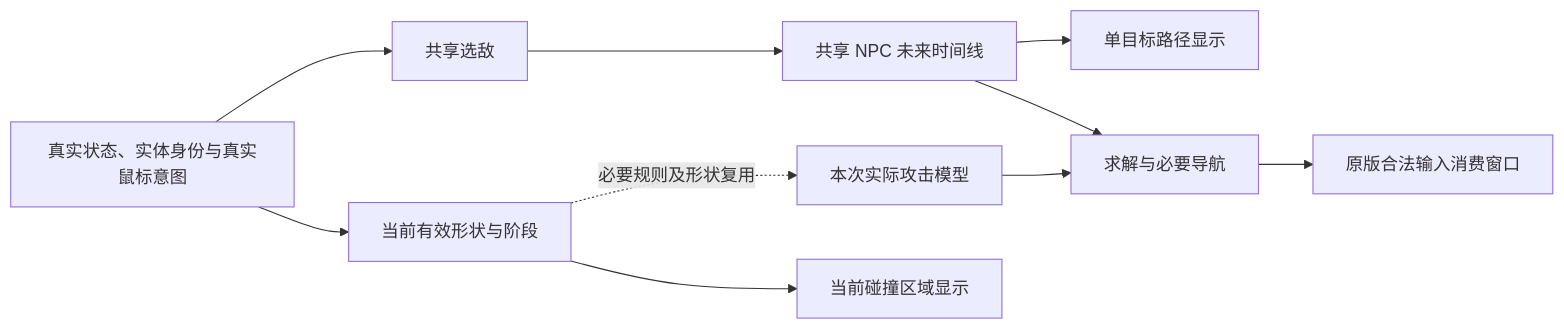
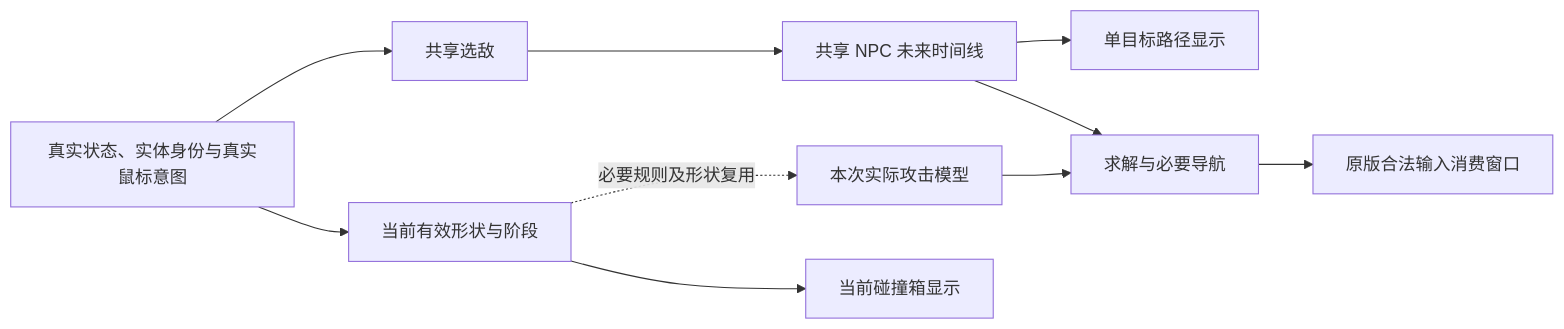
One commit to Kuroneko2020/JueMingR changed the diagram in docs/计划/辅助瞄准阶段文档.md. Above: the diagram before and after it, drawn with Mermaid. The commit also changed other lines of this file and 38 other files, not shown here.

````diff
--- a/docs/计划/辅助瞄准阶段文档.md
+++ b/docs/计划/辅助瞄准阶段文档.md
@@ -115,12 +123,12 @@
 ```mermaid
 flowchart LR
     O[真实状态、实体身份与真实鼠标意图] --> S[共享选敌]
     S --> N[共享 NPC 未来时间线]
     N --> P[单目标路径显示]
     N --> Q[求解与必要导航]
     A[本次实际攻击模型] --> Q
     Q --> I[原版合法输入消费窗口]
     O --> C[当前有效形状与阶段]
-    C --> V[当前碰撞区域显示]
+    C --> V[当前碰撞箱显示]
     C -.必要规则及形状复用.-> A
 ```
````
